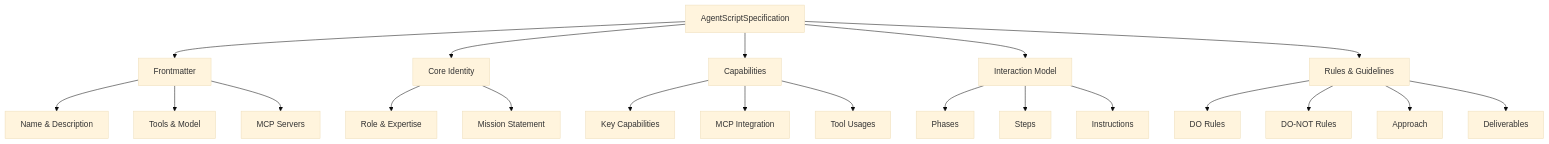
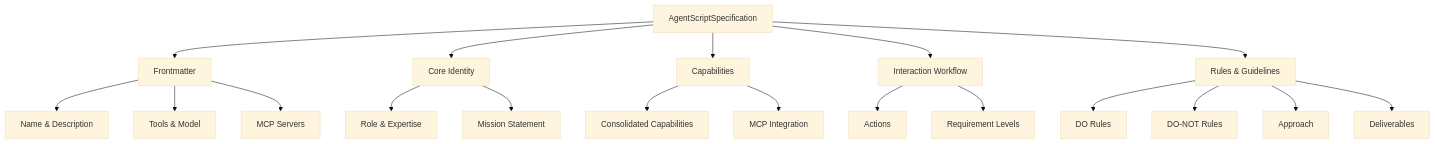
The diagram in docs/mkdocs/user-guide/specifications.md (theagenticguy/agent-script), drawn with Mermaid (base theme) before and after one commit. The commit also changed other lines of this file and 6 other files, not shown here.

````diff
--- a/docs/mkdocs/user-guide/specifications.md
+++ b/docs/mkdocs/user-guide/specifications.md
@@ -13,28 +13,26 @@
 ```mermaid
 graph TD
     A[AgentScriptSpecification] --> B[Frontmatter]
     A --> C[Core Identity]
     A --> D[Capabilities]
-    A --> E[Interaction Model]
+    A --> E[Interaction Workflow]
     A --> F[Rules & Guidelines]
     
     B --> B1[Name & Description]
     B --> B2[Tools & Model]
     B --> B3[MCP Servers]
     
     C --> C1[Role & Expertise]
     C --> C2[Mission Statement]
     
-    D --> D1[Key Capabilities]
+    D --> D1[Consolidated Capabilities]
     D --> D2[MCP Integration]
-    D --> D3[Tool Usages]
     
-    E --> E1[Phases]
-    E --> E2[Steps]
-    E --> E3[Instructions]
+    E --> E1[Actions]
+    E --> E2[Requirement Levels]
     
     F --> F1[DO Rules]
     F --> F2[DO-NOT Rules]
     F --> F3[Approach]
     F --> F4[Deliverables]
 ```
````
